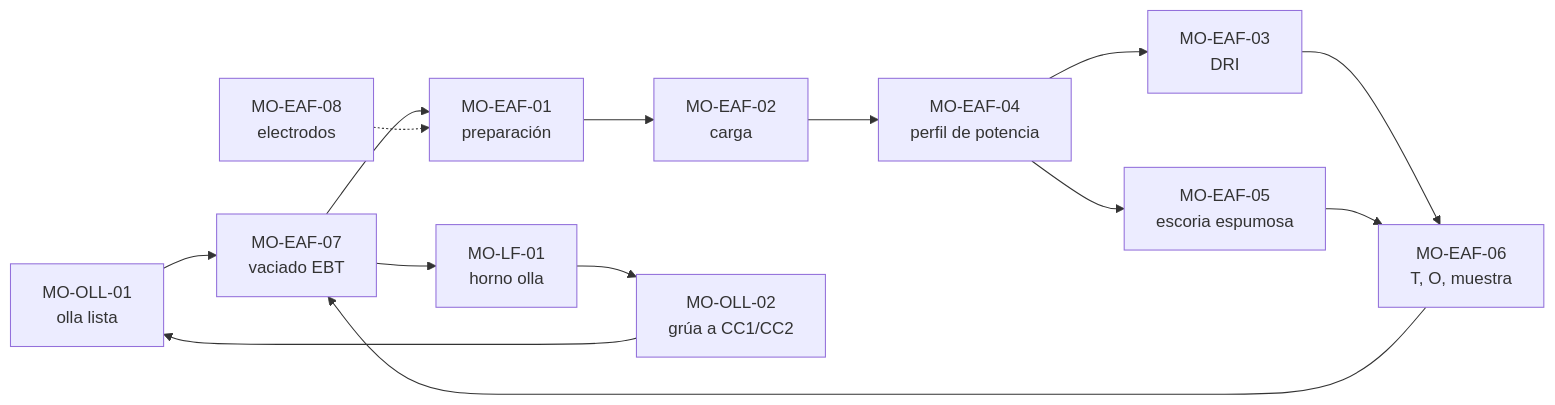
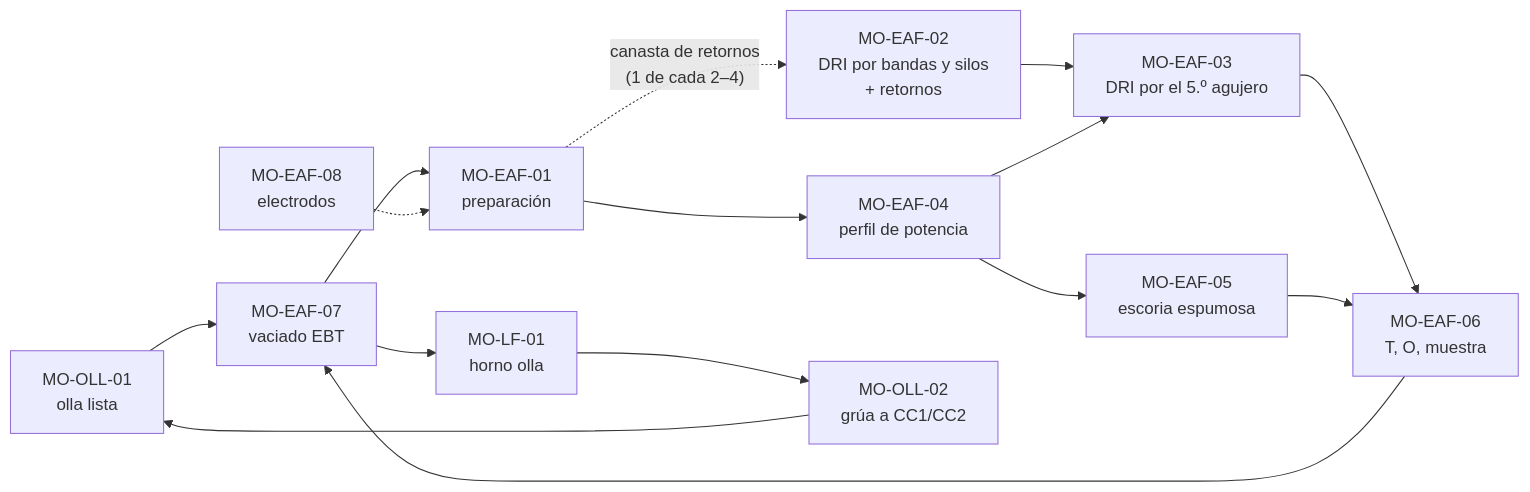
Before and after one commit to diegocardonaguzman03-maker/HR: the diagram in 10-plantas/01-steelmaking/02-operacion/eaf/README.md, drawn with Mermaid. The commit also changed other lines of this file and 33 other files, not shown here.

First line of the commit message:
Acería seguridad v0.3 (D-010): MS-ACE-01..10 for DRI by belt, silos, H2, interface lock-out with HYL/Midrex; 14 life-saving rules

````diff
--- a/10-plantas/01-steelmaking/02-operacion/eaf/README.md
+++ b/10-plantas/01-steelmaking/02-operacion/eaf/README.md
@@ -42,16 +43,17 @@
 ```mermaid
 flowchart LR
     P["MO-OLL-01<br/>olla lista"] --> V
-    A["MO-EAF-01<br/>preparación"] --> B["MO-EAF-02<br/>carga"]
-    B --> C["MO-EAF-04<br/>perfil de potencia"]
-    C --> D["MO-EAF-03<br/>DRI"]
+    S["MO-EAF-02<br/>DRI por bandas y silos<br/>+ retornos"] --> D
+    A["MO-EAF-01<br/>preparación"] --> C["MO-EAF-04<br/>perfil de potencia"]
+    A -. "canasta de retornos<br/>(1 de cada 2–4)" .-> S
+    C --> D["MO-EAF-03<br/>DRI por el 5.º agujero"]
     C --> E["MO-EAF-05<br/>escoria espumosa"]
     D --> F["MO-EAF-06<br/>T, O, muestra"]
     E --> F
     F --> V["MO-EAF-07<br/>vaciado EBT"]
     V --> A
     V --> L["MO-LF-01<br/>horno olla"]
     L --> G["MO-OLL-02<br/>grúa a CC1/CC2"]
     G --> P
     H["MO-EAF-08<br/>electrodos"] -.-> A
 ```
````
